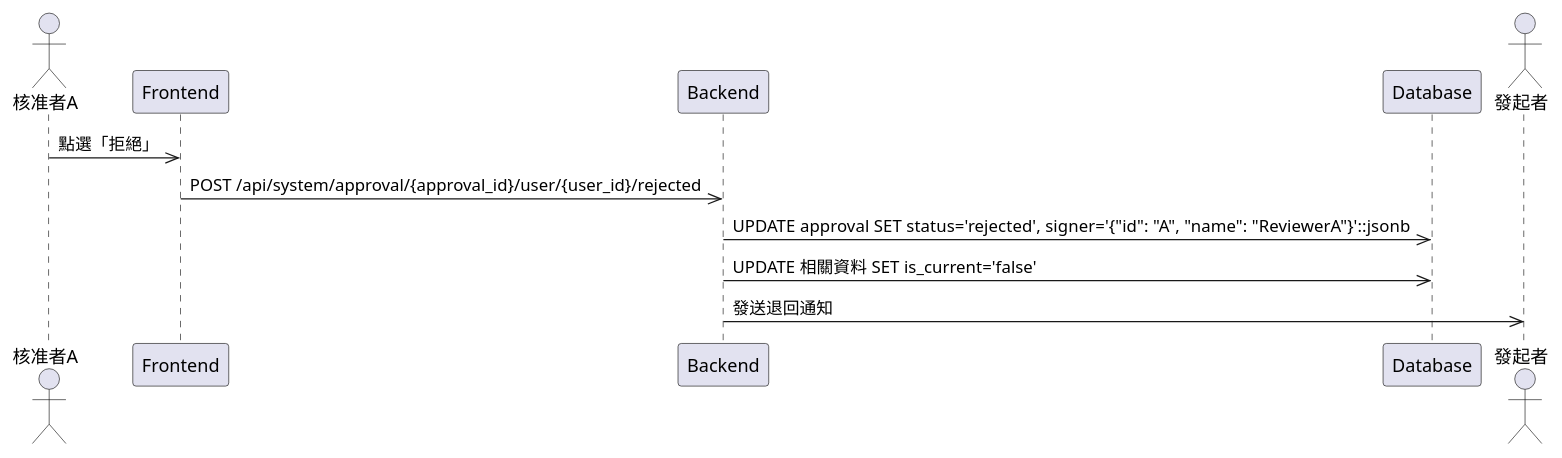
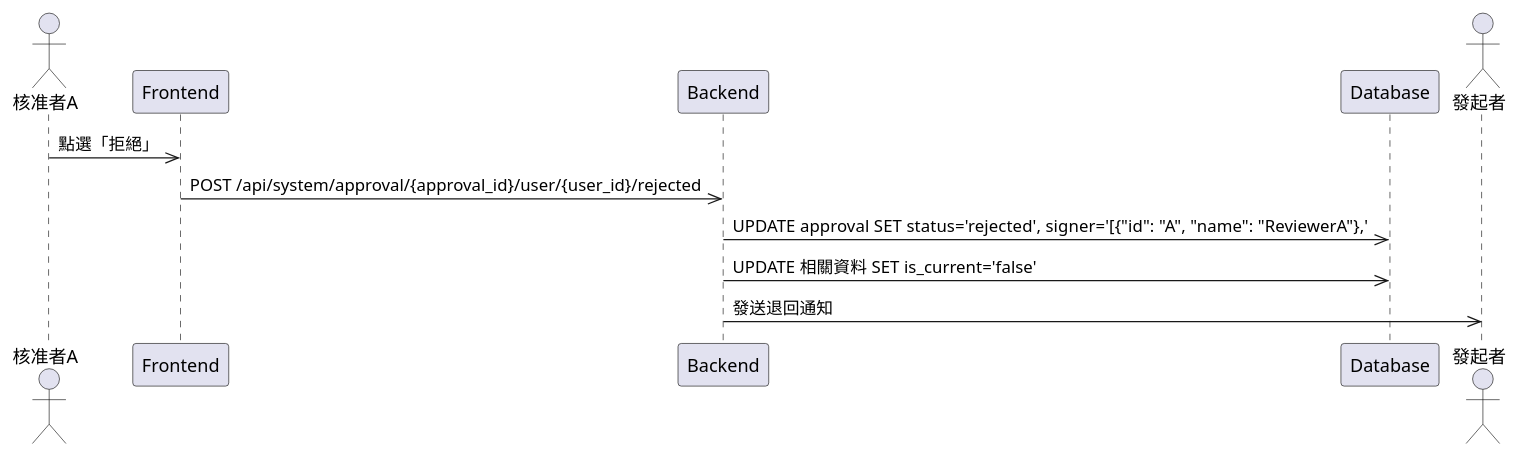
One commit to walle45611/NTUB_SecuManag_Diagram changed the diagram in plantUML/sequence/approval_reject.puml. Above: the diagram before and after it, drawn with PlantUML. The commit also changed other lines of this file and 13 other files, not shown here.

Commit message:
(modify): 調整各個圖格式，調整路徑，新增一些圖 (#21)

```diff
--- a/plantUML/sequence/approval_reject.puml
+++ b/plantUML/sequence/approval_reject.puml
@@ -1,13 +1,13 @@
 @startuml
 actor ReviewerA as "核准者A"
 participant Frontend
 participant Backend
 participant Database
 actor User as "發起者"
 
 ReviewerA ->> Frontend: 點選「拒絕」
 Frontend ->> Backend: POST /api/system/approval/{approval_id}/user/{user_id}/rejected
-Backend ->> Database: UPDATE approval SET status='rejected', signer='{"id": "A", "name": "ReviewerA"}'::jsonb
+Backend ->> Database: UPDATE approval SET status='rejected', signer='[{"id": "A", "name": "ReviewerA"},'
 Backend ->> Database: UPDATE 相關資料 SET is_current='false'
 Backend ->> User: 發送退回通知
 @enduml
```
